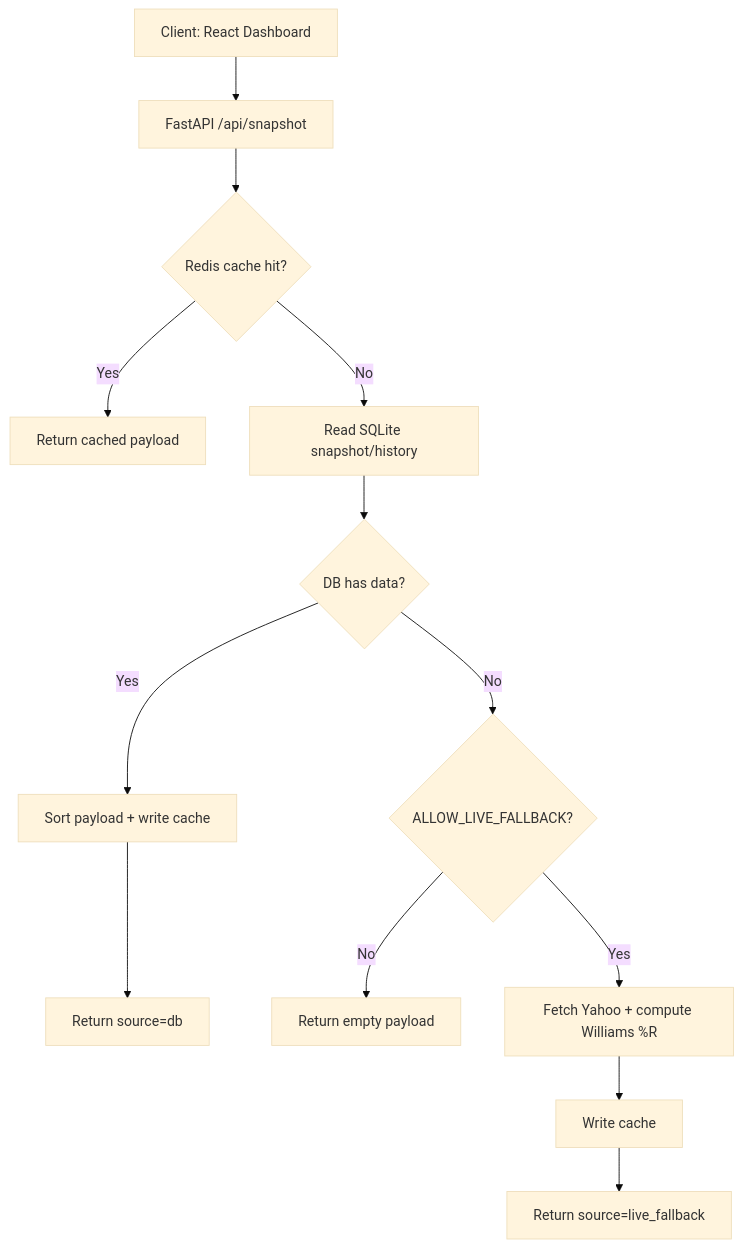
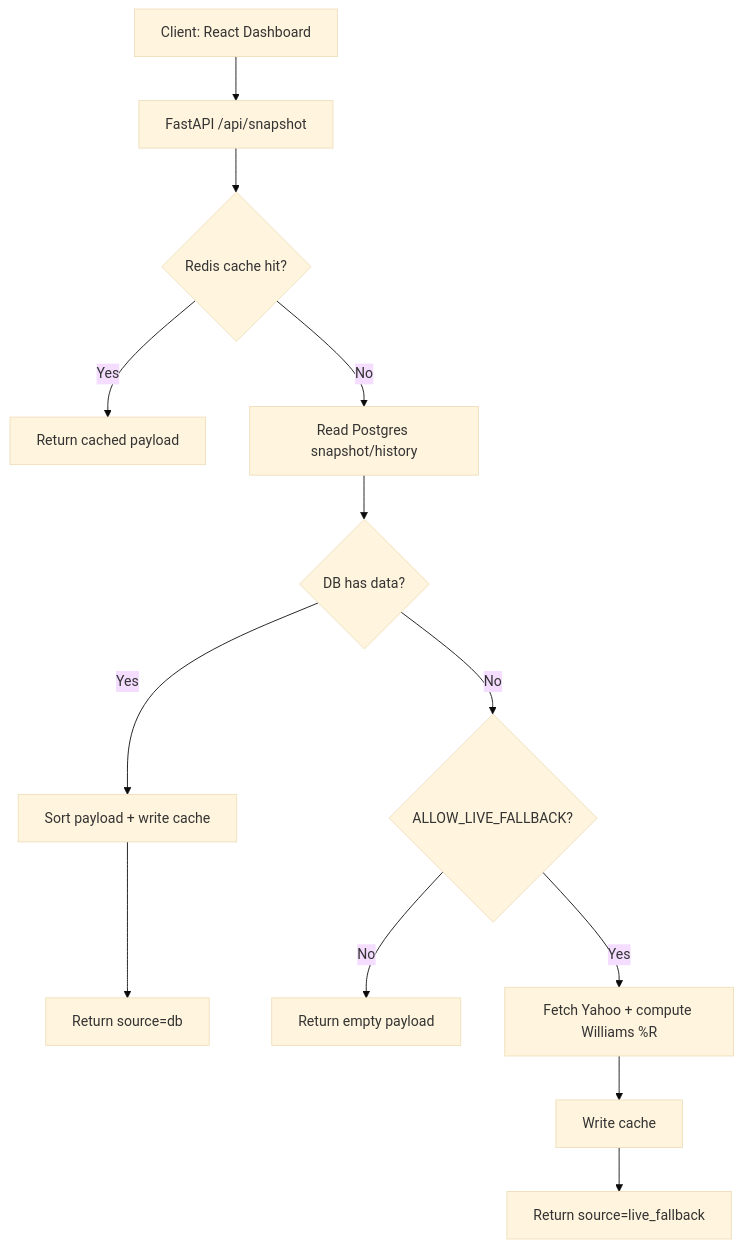
One commit to yenpangchen/willr-dashboard changed the first of 2 diagrams in README.md. Above: the diagram before and after it, drawn with Mermaid (base theme). The commit also changed other lines of this file and 8 other files, not shown here.

````diff
--- a/README.md
+++ b/README.md
@@ -37,15 +37,15 @@
 ```mermaid
 flowchart TD
     A[Client: React Dashboard] --> B[FastAPI /api/snapshot]
     B --> C{Redis cache hit?}
     C -- Yes --> D[Return cached payload]
-    C -- No --> E[Read SQLite snapshot/history]
+    C -- No --> E[Read Postgres snapshot/history]
     E --> F{DB has data?}
     F -- Yes --> G[Sort payload + write cache]
     G --> H[Return source=db]
     F -- No --> I{ALLOW_LIVE_FALLBACK?}
     I -- No --> J[Return empty payload]
     I -- Yes --> K[Fetch Yahoo + compute Williams %R]
     K --> L[Write cache]
     L --> M[Return source=live_fallback]
 ```
````
